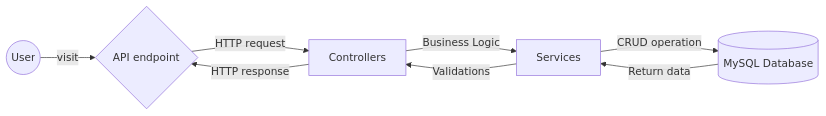
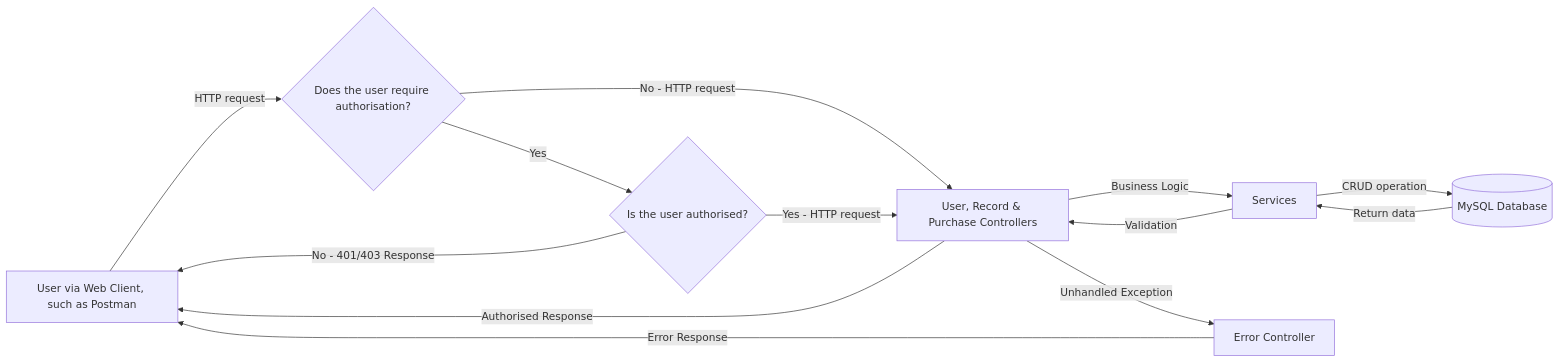
The diagram in README.md (Rachel-Tookey/RecordShop_Security_Project), drawn with Mermaid before and after one commit. The commit also changed other lines of this file, not shown here.

````diff
--- a/README.md
+++ b/README.md
@@ -9,10 +9,15 @@
 ```mermaid
 flowchart LR;
-   User((User)) -->|visit|APIendpoints
-   APIendpoints{API endpoint} -->|HTTP request|Controllers
-   Controllers -->|Business Logic|Services
-   Services  -->|CRUD operation|MySQL_Database
+   User[User via Web Client, such as Postman] -->|HTTP request|Authorisation
+   Authorisation{Does the user require authorisation?}  --> |Yes| Authorisation2
+   Authorisation --> |No - HTTP request|Controllers
+   Authorisation2-->|No - 401/403 Response|User
+   Authorisation2{Is the user authorised?}-->|Yes - HTTP request|Controllers
+   Controllers[User, Record & Purchase Controllers] -->|Business Logic|Services
+   Services -->|CRUD operation|MySQL_Database
    MySQL_Database[(MySQL Database)] -->|Return data|Services
-   Services -->|Validations|Controllers
-   Controllers -->|HTTP response|APIendpoints
+   Services -->|Validation|Controllers
+   Controllers -->|Authorised Response|User
+   Controllers -->|Unhandled Exception|ErrorController[Error Controller]
+   ErrorController -->|Error Response|User
 ```
````
